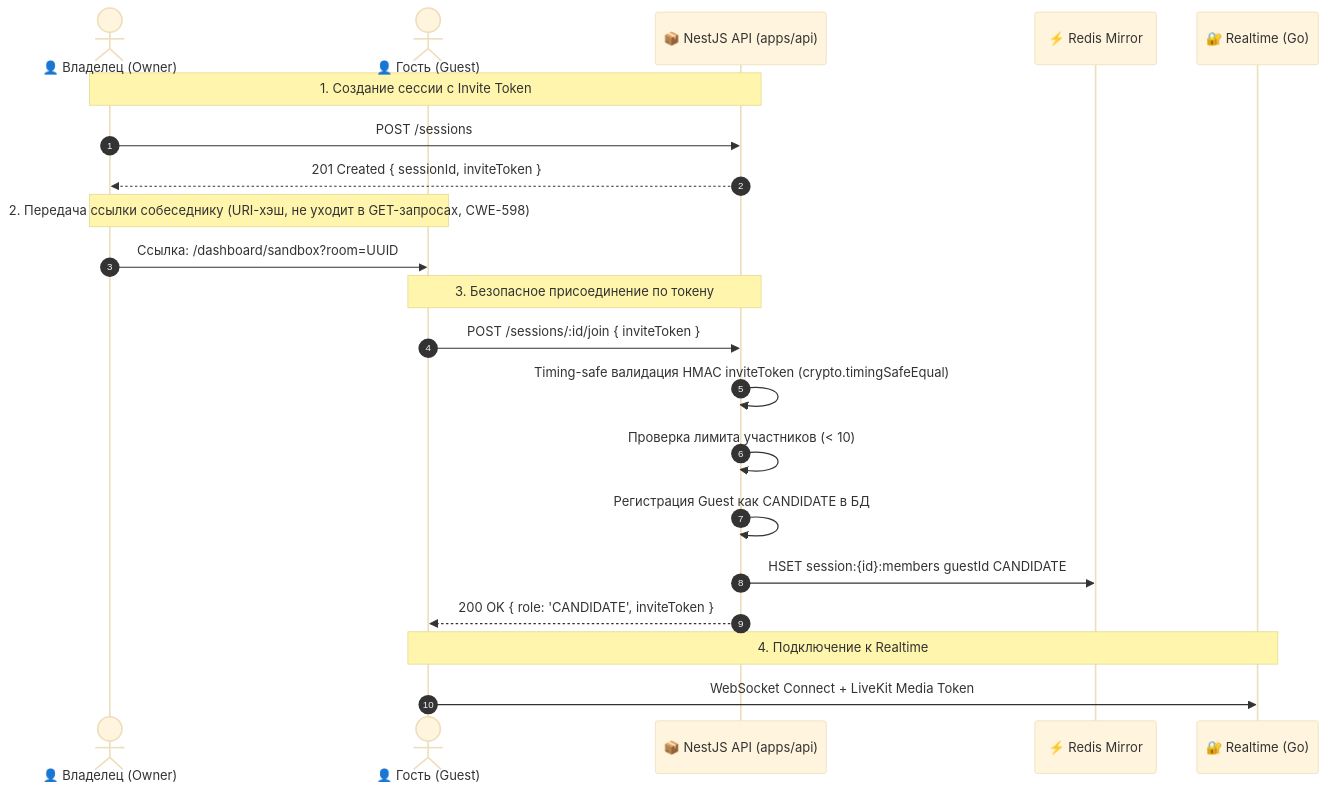
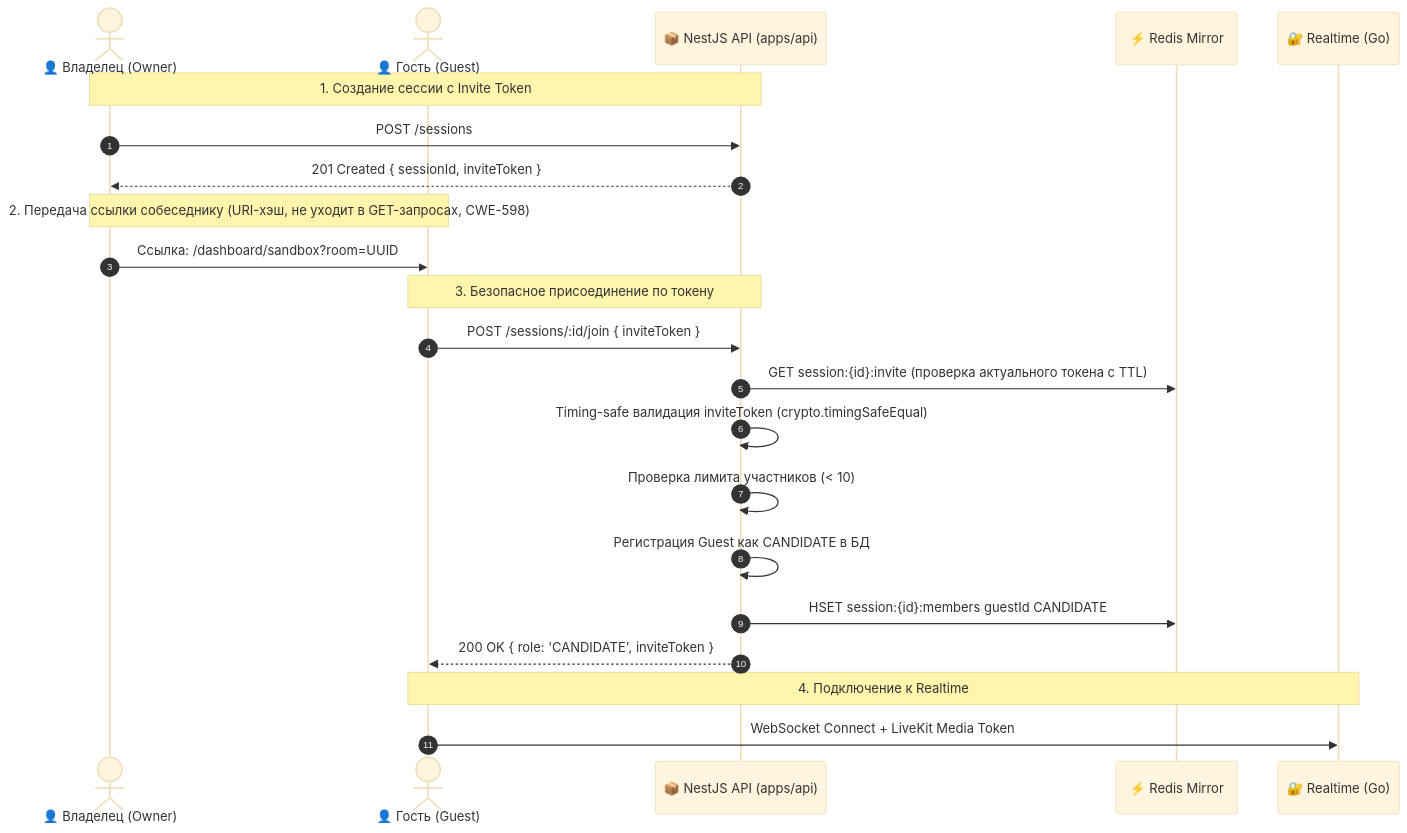
One commit to Riko4502/MockInterviewAI changed the diagram in docs/tasks/sandbox-join-security-and-cleanup.md. Above: the diagram before and after it, drawn with Mermaid (base theme). The commit also changed other lines of this file and 35 other files, not shown here.

Commit message:
feat(api): add invite token rotation and timing-safe validation

````diff
--- a/docs/tasks/sandbox-join-security-and-cleanup.md
+++ b/docs/tasks/sandbox-join-security-and-cleanup.md
@@ -51,27 +53,28 @@
 ```mermaid
 sequenceDiagram
     autonumber
     actor Owner as 👤 Владелец (Owner)
     actor Guest as 👤 Гость (Guest)
     participant API as 📦 NestJS API (apps/api)
     participant Redis as ⚡ Redis Mirror
     participant RT as 🔐 Realtime (Go)
 
     Note over Owner, API: 1. Создание сессии с Invite Token
     Owner->>API: POST /sessions
     API-->>Owner: 201 Created { sessionId, inviteToken }
 
     Note over Owner, Guest: 2. Передача ссылки собеседнику (URI-хэш, не уходит в GET-запросах, CWE-598)
     Owner->>Guest: Ссылка: /dashboard/sandbox?room=UUID#invite=TOKEN
 
     Note over Guest, API: 3. Безопасное присоединение по токену
     Guest->>API: POST /sessions/:id/join { inviteToken }
-    API->>API: Timing-safe валидация HMAC inviteToken (crypto.timingSafeEqual)
+    API->>Redis: GET session:{id}:invite (проверка актуального токена с TTL)
+    API->>API: Timing-safe валидация inviteToken (crypto.timingSafeEqual)
     API->>API: Проверка лимита участников (< 10)
     API->>API: Регистрация Guest как CANDIDATE в БД
     API->>Redis: HSET session:{id}:members guestId CANDIDATE
     API-->>Guest: 200 OK { role: 'CANDIDATE', inviteToken }
 
     Note over Guest, RT: 4. Подключение к Realtime
     Guest->>RT: WebSocket Connect + LiveKit Media Token
 ```
````
